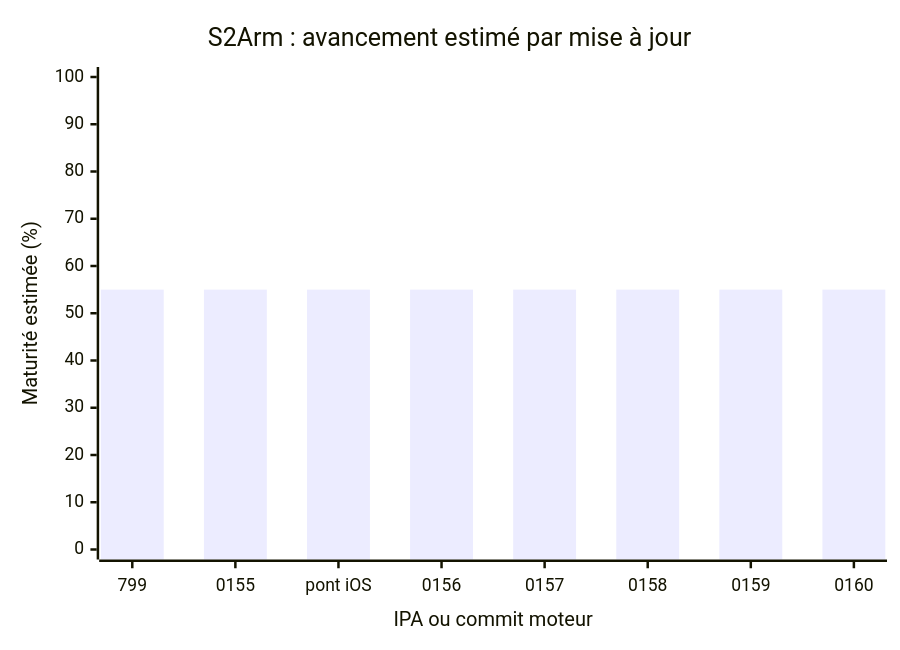
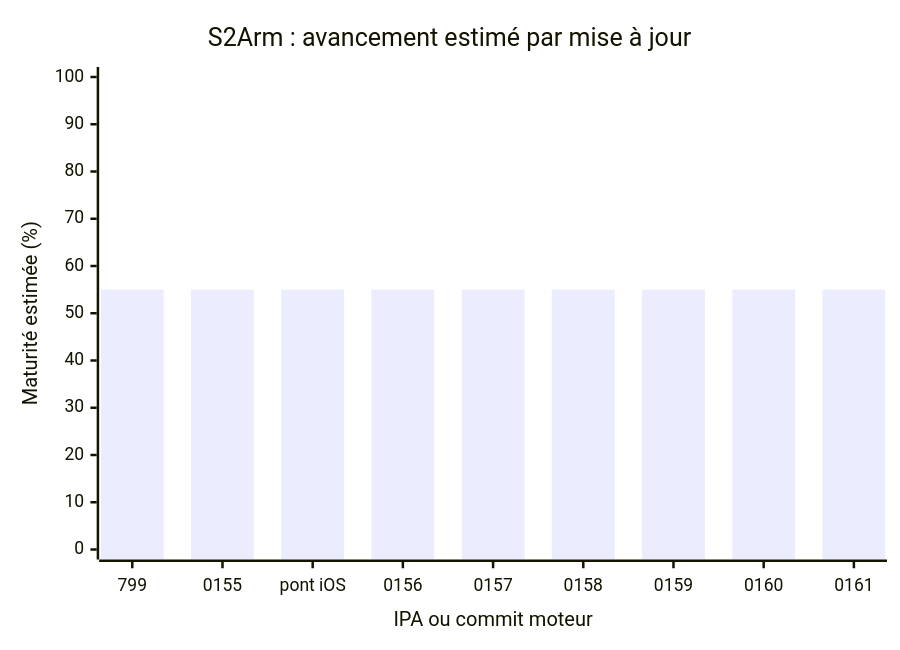
Before and after one commit to TarbleFR/RewindBox: the diagram in docs/AI_TASK_BOARD.md, drawn with Mermaid. The commit also changed other lines of this file and 1 other file, not shown here.

Commit message:
S2Arm: honor thermal limits for promoted warmup, signal first-use waits and buffer manifest output [s2arm-engine]

````diff
--- a/docs/AI_TASK_BOARD.md
+++ b/docs/AI_TASK_BOARD.md
@@ -25,7 +25,7 @@
 ```mermaid
 xychart-beta
     title "S2Arm : avancement estimé par mise à jour"
-    x-axis "IPA ou commit moteur" ["799", "0155", "pont iOS", "0156", "0157", "0158", "0159", "0160"]
+    x-axis "IPA ou commit moteur" ["799", "0155", "pont iOS", "0156", "0157", "0158", "0159", "0160", "0161"]
     y-axis "Maturité estimée (%)" 0 --> 100
-    bar [55, 55, 55, 55, 55, 55, 55, 55]
+    bar [55, 55, 55, 55, 55, 55, 55, 55, 55]
 ```
````
